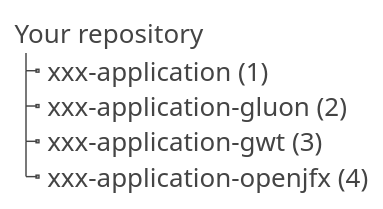
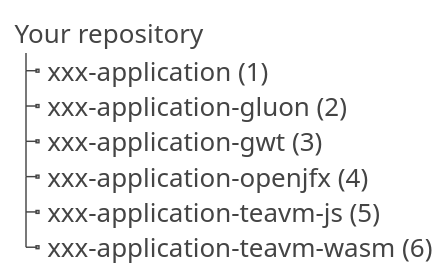
One commit to webfx-project/webfx-docs changed the third of 5 diagrams in src/main/asciidoc/webfx-docs.adoc. Above: the diagram before and after it, drawn with PlantUML. The commit also changed other lines of this file, not shown here.

Commit message:
Updated documentation to include teavm options

```diff
--- a/src/main/asciidoc/webfx-docs.adoc
+++ b/src/main/asciidoc/webfx-docs.adoc
@@ -178,16 +178,18 @@
 [plantuml, webfx-app-structure, format=svg]
 ----
 skinparam Legend {
 	BackgroundColor transparent
 	BorderColor transparent
     FontSize 18
     FontColor #444
 }
 legend
 Your repository
 |_ xxx-application (1)
 |_ xxx-application-gluon (2)
 |_ xxx-application-gwt (3)
 |_ xxx-application-openjfx (4)
+|_ xxx-application-teavm-js (5)
+|_ xxx-application-teavm-wasm (6)
 end legend
 ----
```
